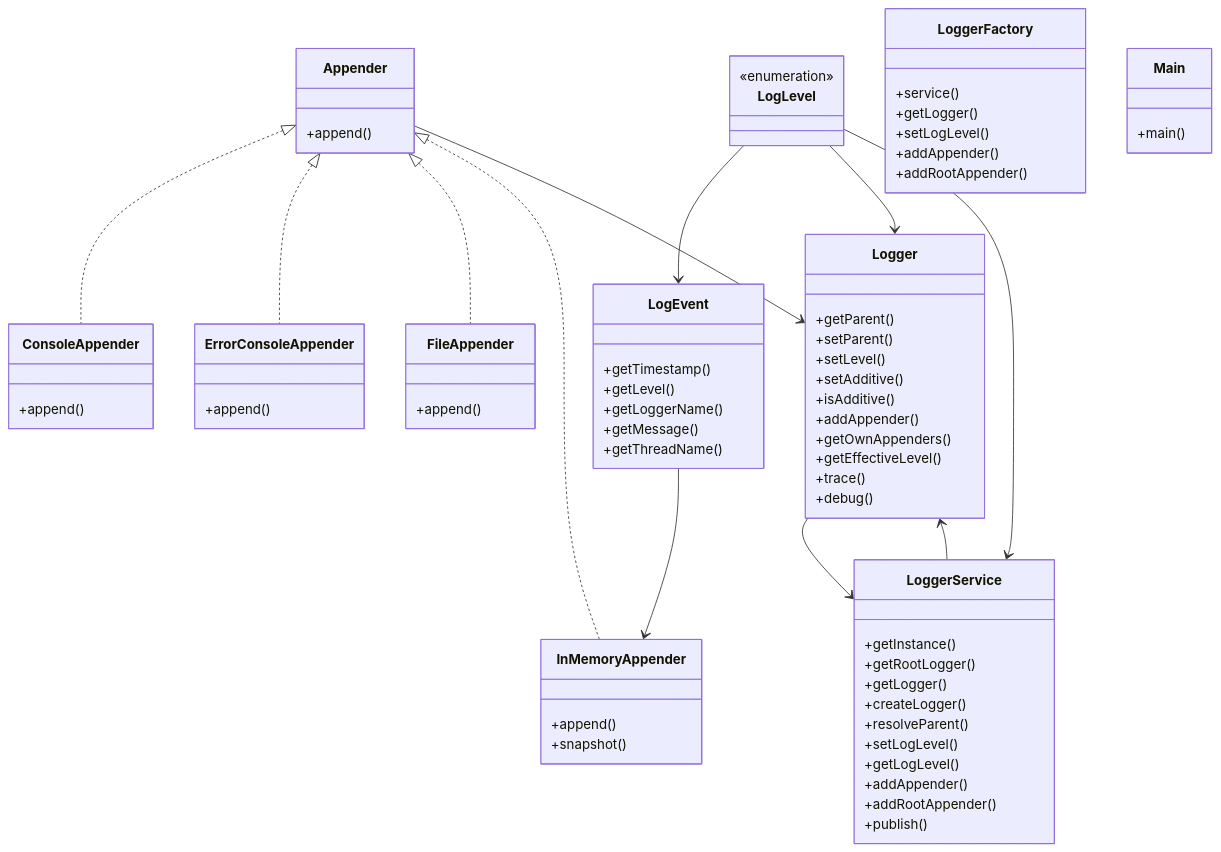
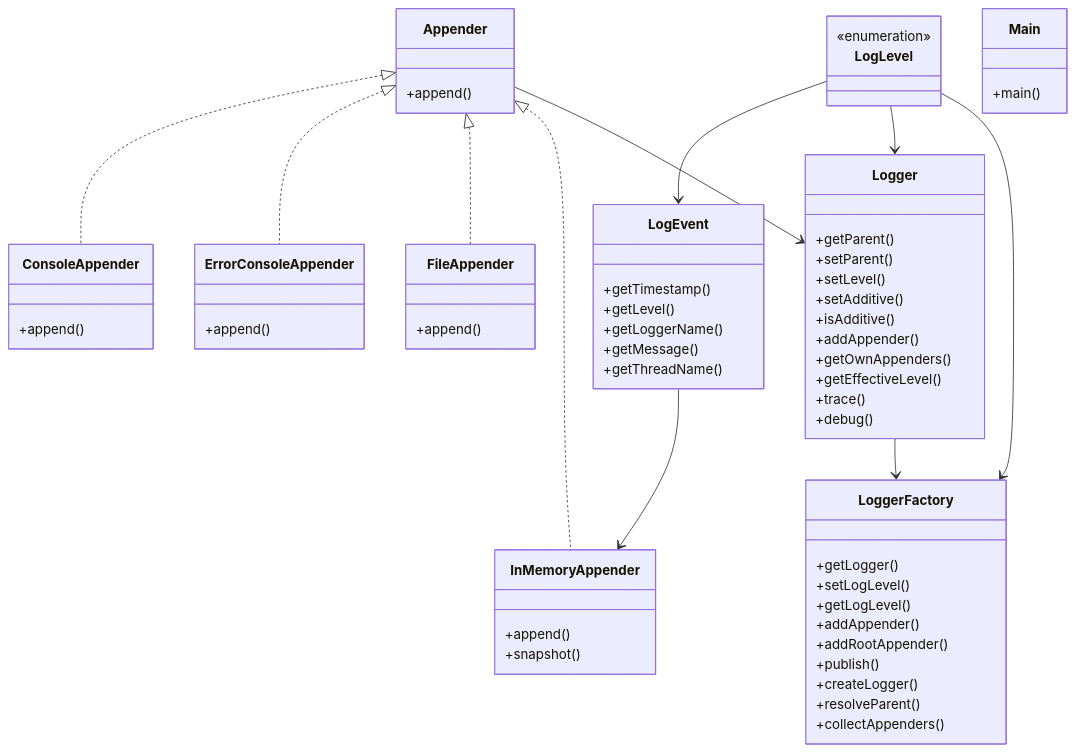
Before and after one commit to amanjaiswal30/dsa-solutions: the diagram in questions/low_level_design/17_logging_framework_lld.md, drawn with Mermaid. The commit also changed other lines of this file and 3 other files, not shown here.

````diff
--- a/questions/low_level_design/17_logging_framework_lld.md
+++ b/questions/low_level_design/17_logging_framework_lld.md
@@ -53,74 +59,65 @@
 ```mermaid
 classDiagram
     class Appender {
         +append()
     }
     class ConsoleAppender {
         +append()
     }
     class ErrorConsoleAppender {
         +append()
     }
     class FileAppender {
         +append()
     }
     class InMemoryAppender {
         +append()
         +snapshot()
     }
     class LogEvent {
         +getTimestamp()
         +getLevel()
         +getLoggerName()
         +getMessage()
         +getThreadName()
     }
     class LogLevel {
         <<enumeration>>
     }
     class Logger {
         +getParent()
         +setParent()
         +setLevel()
         +setAdditive()
         +isAdditive()
         +addAppender()
         +getOwnAppenders()
         +getEffectiveLevel()
         +trace()
         +debug()
     }
     class LoggerFactory {
-        +service()
         +getLogger()
-        +setLogLevel()
-        +addAppender()
-        +addRootAppender()
-    }
-    class LoggerService {
-        +getInstance()
-        +getRootLogger()
-        +getLogger()
-        +createLogger()
-        +resolveParent()
         +setLogLevel()
         +getLogLevel()
         +addAppender()
         +addRootAppender()
         +publish()
+        +createLogger()
+        +resolveParent()
+        +collectAppenders()
     }
     class Main {
         +main()
     }
     Appender <|.. ConsoleAppender
     Appender <|.. ErrorConsoleAppender
     Appender <|.. FileAppender
     Appender <|.. InMemoryAppender
     LogEvent --> InMemoryAppender
     LogLevel --> LogEvent
     Appender --> Logger
     LogLevel --> Logger
-    LoggerService --> Logger
-    LogLevel --> LoggerService
-    Logger --> LoggerService
+    LogLevel --> LoggerFactory
+    Logger --> LoggerFactory
 ```
````
